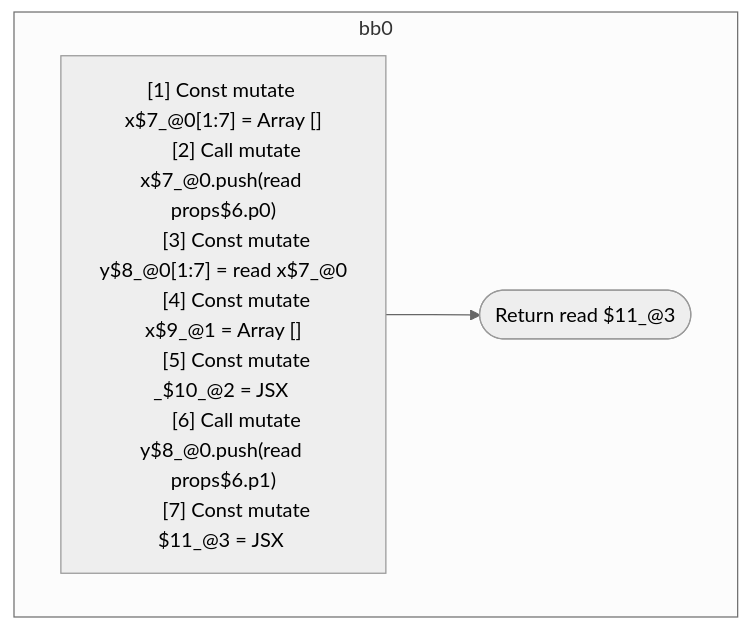
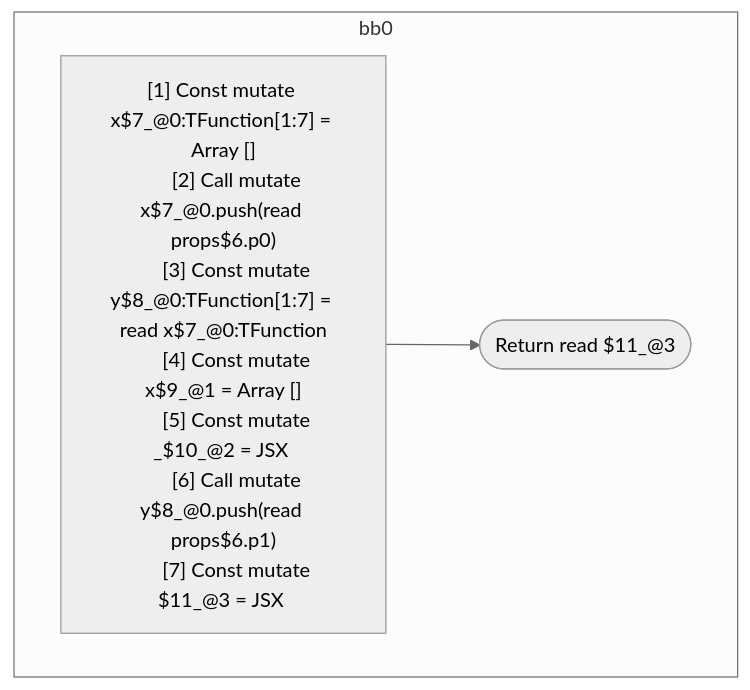
One commit to wutsmog/private changed the diagram in compiler/forget/src/__tests__/fixtures/hir/reassignment.expect.md. Above: the diagram before and after it, drawn with Mermaid (neutral theme). The commit also changed other lines of this file and 112 other files, not shown here.

````diff
--- a/compiler/forget/src/__tests__/fixtures/hir/reassignment.expect.md
+++ b/compiler/forget/src/__tests__/fixtures/hir/reassignment.expect.md
@@ -72,19 +72,19 @@
 ```mermaid
 flowchart TB
   %% Basic Blocks
   subgraph bb0
     bb0_instrs["
-      [1] Const mutate x$7_@0[1:7] = Array []
+      [1] Const mutate x$7_@0:TFunction[1:7] = Array []
       [2] Call mutate x$7_@0.push(read props$6.p0)
-      [3] Const mutate y$8_@0[1:7] = read x$7_@0
+      [3] Const mutate y$8_@0:TFunction[1:7] = read x$7_@0:TFunction
       [4] Const mutate x$9_@1 = Array []
       [5] Const mutate _$10_@2 = JSX <read Component$0 x={freeze x$9_@1} ></read Component$0>
       [6] Call mutate y$8_@0.push(read props$6.p1)
-      [7] Const mutate $11_@3 = JSX <read Component$0 x={read x$9_@1} y={freeze y$8_@0} ></read Component$0>
+      [7] Const mutate $11_@3 = JSX <read Component$0 x={read x$9_@1} y={freeze y$8_@0:TFunction} ></read Component$0>
     "]
     bb0_instrs --> bb0_terminal(["Return read $11_@3"])
   end
 
   %% Jumps
   %% empty
 ```
````
